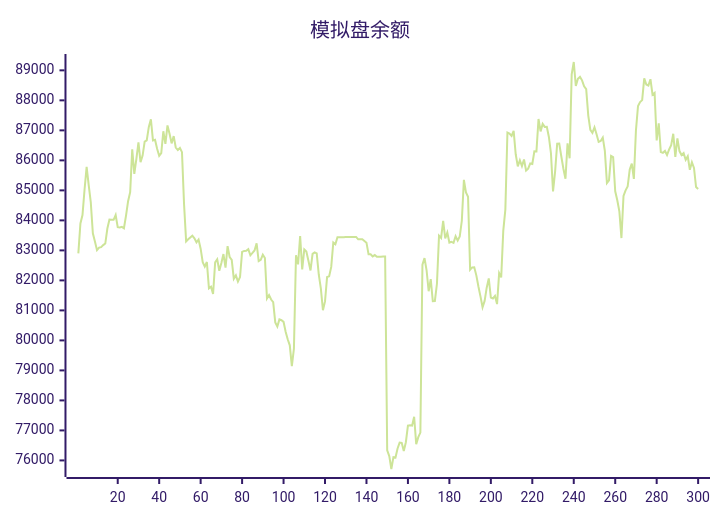
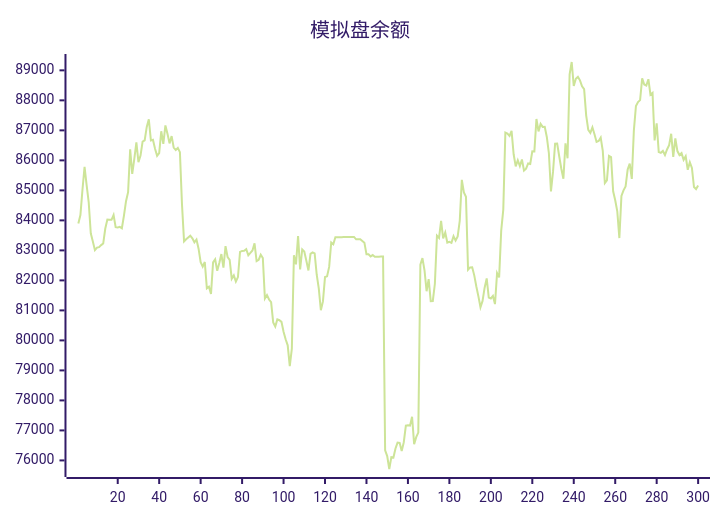
One commit to aahl/ai-trading changed the diagram in README.md. Above: the diagram before and after it, drawn with Mermaid (forest theme). The commit also changed other lines of this file and 1 other file, not shown here.

````diff
--- a/README.md
+++ b/README.md
@@ -5,5 +5,5 @@
 ```mermaid
 xychart
     title "模拟盘余额"
-    line [82901,83898,84180,85030,85781,85178,84604,83569,83298,83008,83093,83107,83175,83228,83729,84025,84017,84019,84177,83775,83762,83785,83738,84160,84639,84939,86370,85548,86046,86599,85942,86161,86622,86664,87115,87369,86666,86685,86384,86152,86243,86969,86548,87164,86885,86566,86809,86427,86348,86417,86273,84538,83299,83369,83430,83490,83404,83270,83362,83056,82605,82459,82614,81734,81788,81551,82598,82702,82320,82580,82878,82426,83139,82778,82686,82056,82166,81963,82110,82951,82983,82984,83038,82838,82915,82998,83235,82642,82682,82858,82746,81396,81512,81362,81277,80600,80461,80699,80673,80616,80288,80038,79836,79142,79722,82837,82533,83480,82366,83032,82960,82654,82330,82883,82934,82901,82188,81728,81005,81298,82110,82135,82449,83264,83203,83440,83439,83440,83440,83446,83447,83448,83447,83448,83449,83369,83369,83369,83313,83256,82872,82873,82801,82844,82785,82791,82791,82793,82794,76339,76145,75714,76110,76096,76397,76594,76585,76310,76607,77160,77170,77160,77456,76541,76774,76927,82520,82744,82337,81639,82040,81307,81314,81887,83490,83414,83984,83396,83594,83261,83287,83253,83470,83327,83465,83987,85348,84930,84786,82355,82433,82438,82167,81795,81466,81105,81315,81756,82064,81426,81398,81481,81210,82242,82099,83658,84359,86925,86892,86814,86980,86203,85802,86003,85811,86028,85657,85721,85896,85880,86300,86299,87378,86965,87214,87115,87118,86780,86238,84966,85623,86555,86562,86129,85722,85387,86569,86070,88870,89278,88477,88720,88781,88668,88467,88372,87493,87018,86917,87102,86870,86613,86644,86758,86317,85242,85334,86149,86106,84968,84671,84302,83410,84816,85001,85127,85693,85891,85384,87001,87811,87945,88007,88734,88528,88495,88705,88189,88248,86662,87234,86279,86251,86314,86177,86364,86503,86886,86114,86731,86310,86176,86240,86017,86136,85685,85938,85749,85111,85044]
+    line [83898,84180,85030,85781,85178,84604,83569,83298,83008,83093,83107,83175,83228,83729,84025,84017,84019,84177,83775,83762,83785,83738,84160,84639,84939,86370,85548,86046,86599,85942,86161,86622,86664,87115,87369,86666,86685,86384,86152,86243,86969,86548,87164,86885,86566,86809,86427,86348,86417,86273,84538,83299,83369,83430,83490,83404,83270,83362,83056,82605,82459,82614,81734,81788,81551,82598,82702,82320,82580,82878,82426,83139,82778,82686,82056,82166,81963,82110,82951,82983,82984,83038,82838,82915,82998,83235,82642,82682,82858,82746,81396,81512,81362,81277,80600,80461,80699,80673,80616,80288,80038,79836,79142,79722,82837,82533,83480,82366,83032,82960,82654,82330,82883,82934,82901,82188,81728,81005,81298,82110,82135,82449,83264,83203,83440,83439,83440,83440,83446,83447,83448,83447,83448,83449,83369,83369,83369,83313,83256,82872,82873,82801,82844,82785,82791,82791,82793,82794,76339,76145,75714,76110,76096,76397,76594,76585,76310,76607,77160,77170,77160,77456,76541,76774,76927,82520,82744,82337,81639,82040,81307,81314,81887,83490,83414,83984,83396,83594,83261,83287,83253,83470,83327,83465,83987,85348,84930,84786,82355,82433,82438,82167,81795,81466,81105,81315,81756,82064,81426,81398,81481,81210,82242,82099,83658,84359,86925,86892,86814,86980,86203,85802,86003,85811,86028,85657,85721,85896,85880,86300,86299,87378,86965,87214,87115,87118,86780,86238,84966,85623,86555,86562,86129,85722,85387,86569,86070,88870,89278,88477,88720,88781,88668,88467,88372,87493,87018,86917,87102,86870,86613,86644,86758,86317,85242,85334,86149,86106,84968,84671,84302,83410,84816,85001,85127,85693,85891,85384,87001,87811,87945,88007,88734,88528,88495,88705,88189,88248,86662,87234,86279,86251,86314,86177,86364,86503,86886,86114,86731,86310,86176,86240,86017,86136,85685,85938,85749,85111,85044,85164]
 ```
````
